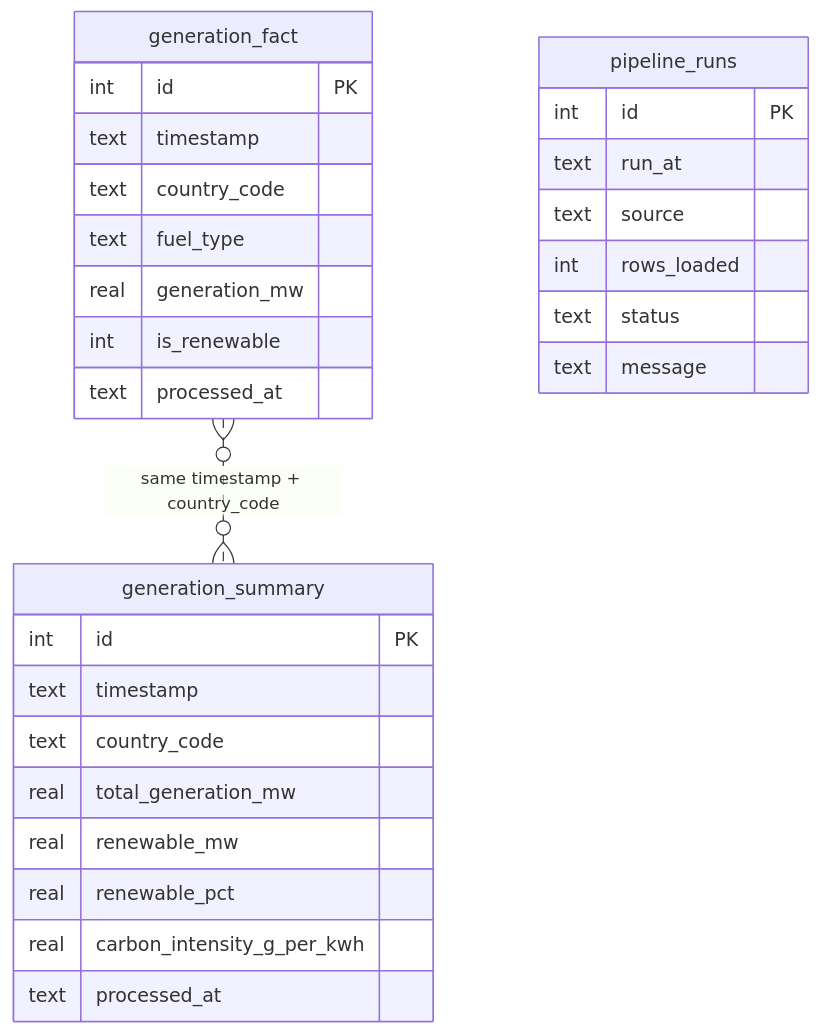
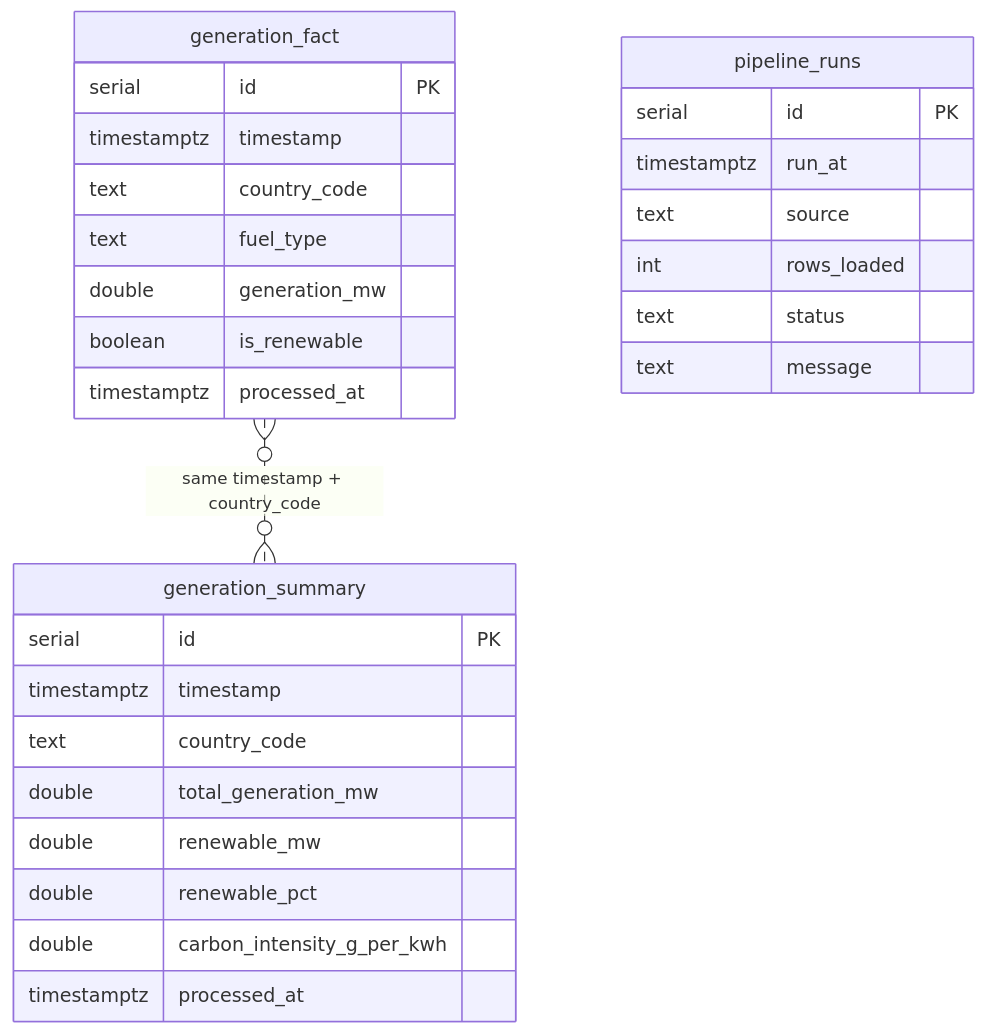
One commit to squirke1/energy-data-pipeline changed the fifth of 7 diagrams in docs/DIAGRAMS.md. Above: the diagram before and after it, drawn with Mermaid. The commit also changed other lines of this file and 19 other files, not shown here.

````diff
--- a/docs/DIAGRAMS.md
+++ b/docs/DIAGRAMS.md
@@ -153,32 +158,32 @@
 ```mermaid
 erDiagram
     generation_fact {
-        int id PK
-        text timestamp
+        serial id PK
+        timestamptz timestamp
         text country_code
         text fuel_type
-        real generation_mw
-        int is_renewable
-        text processed_at
+        double generation_mw
+        boolean is_renewable
+        timestamptz processed_at
     }
     generation_summary {
-        int id PK
-        text timestamp
+        serial id PK
+        timestamptz timestamp
         text country_code
-        real total_generation_mw
-        real renewable_mw
-        real renewable_pct
-        real carbon_intensity_g_per_kwh
-        text processed_at
+        double total_generation_mw
+        double renewable_mw
+        double renewable_pct
+        double carbon_intensity_g_per_kwh
+        timestamptz processed_at
     }
     pipeline_runs {
-        int id PK
-        text run_at
+        serial id PK
+        timestamptz run_at
         text source
         int rows_loaded
         text status
         text message
     }
 
     generation_fact }o..o{ generation_summary : "same timestamp + country_code"
 ```
````
